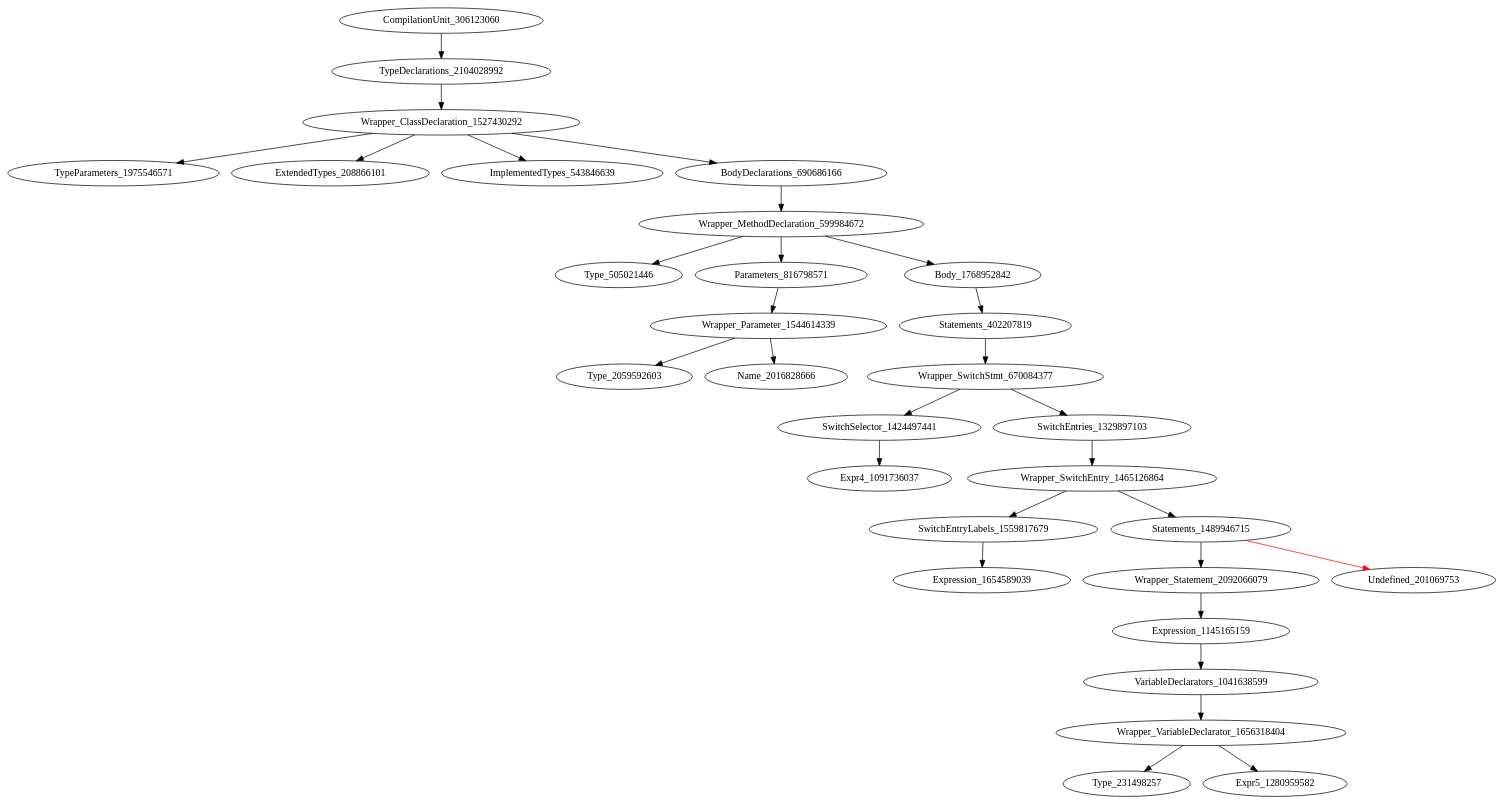
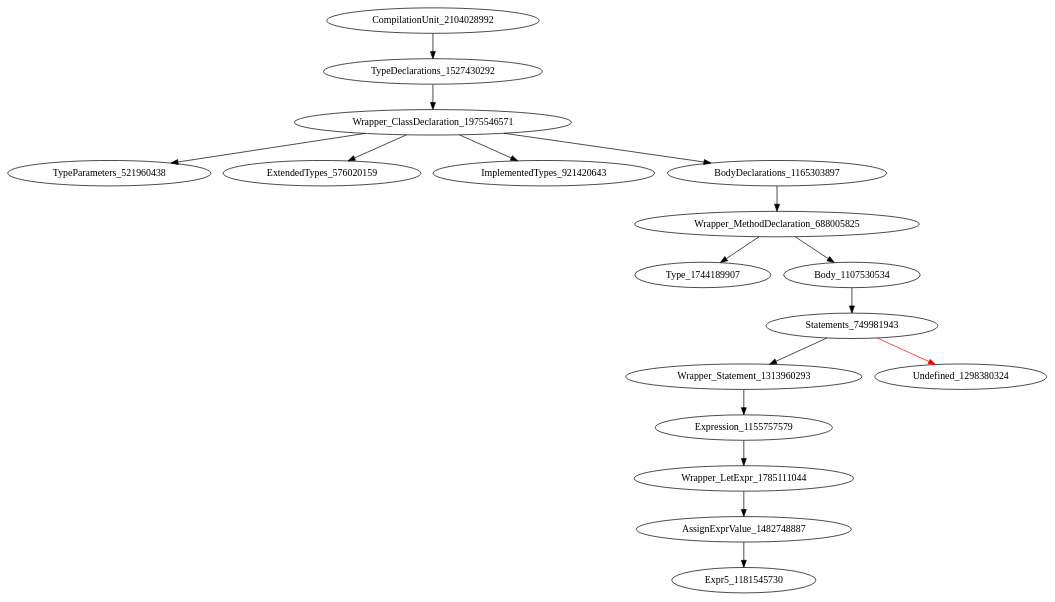
Before and after one commit to icse2023material/VoiceJava: the diagram in holeAST.dot, drawn with Graphviz. The commit also changed 15 other files, not shown here.

```diff
--- a/holeAST.dot
+++ b/holeAST.dot
@@ -1,31 +1,18 @@
 digraph {
-CompilationUnit_306123060 -> TypeDeclarations_2104028992
-TypeDeclarations_2104028992 -> Wrapper_ClassDeclaration_1527430292
-Wrapper_ClassDeclaration_1527430292 -> TypeParameters_1975546571
-Wrapper_ClassDeclaration_1527430292 -> ExtendedTypes_208866101
-Wrapper_ClassDeclaration_1527430292 -> ImplementedTypes_543846639
-Wrapper_ClassDeclaration_1527430292 -> BodyDeclarations_690686166
-BodyDeclarations_690686166 -> Wrapper_MethodDeclaration_599984672
-Wrapper_MethodDeclaration_599984672 -> Type_505021446
-Wrapper_MethodDeclaration_599984672 -> Parameters_816798571
-Wrapper_MethodDeclaration_599984672 -> Body_1768952842
-Parameters_816798571 -> Wrapper_Parameter_1544614339
-Body_1768952842 -> Statements_402207819
-Wrapper_Parameter_1544614339 -> Type_2059592603
-Wrapper_Parameter_1544614339 -> Name_2016828666
-Statements_402207819 -> Wrapper_SwitchStmt_670084377
-Wrapper_SwitchStmt_670084377 -> SwitchSelector_1424497441
-Wrapper_SwitchStmt_670084377 -> SwitchEntries_1329897103
-SwitchSelector_1424497441 -> Expr4_1091736037
-SwitchEntries_1329897103 -> Wrapper_SwitchEntry_1465126864
-Wrapper_SwitchEntry_1465126864 -> SwitchEntryLabels_1559817679
-Wrapper_SwitchEntry_1465126864 -> Statements_1489946715
-SwitchEntryLabels_1559817679 -> Expression_1654589039
-Statements_1489946715 -> Wrapper_Statement_2092066079
-Statements_1489946715 -> Undefined_201069753 [color = red] 
-Wrapper_Statement_2092066079 -> Expression_1145165159
-Expression_1145165159 -> VariableDeclarators_1041638599
-VariableDeclarators_1041638599 -> Wrapper_VariableDeclarator_1656318404
-Wrapper_VariableDeclarator_1656318404 -> Type_231498257
-Wrapper_VariableDeclarator_1656318404 -> Expr5_1280959582
+CompilationUnit_2104028992 -> TypeDeclarations_1527430292
+TypeDeclarations_1527430292 -> Wrapper_ClassDeclaration_1975546571
+Wrapper_ClassDeclaration_1975546571 -> TypeParameters_521960438
+Wrapper_ClassDeclaration_1975546571 -> ExtendedTypes_576020159
+Wrapper_ClassDeclaration_1975546571 -> ImplementedTypes_921420643
+Wrapper_ClassDeclaration_1975546571 -> BodyDeclarations_1165303897
+BodyDeclarations_1165303897 -> Wrapper_MethodDeclaration_688005825
+Wrapper_MethodDeclaration_688005825 -> Type_1744189907
+Wrapper_MethodDeclaration_688005825 -> Body_1107530534
+Body_1107530534 -> Statements_749981943
+Statements_749981943 -> Wrapper_Statement_1313960293
+Statements_749981943 -> Undefined_1298380324 [color = red] 
+Wrapper_Statement_1313960293 -> Expression_1155757579
+Expression_1155757579 -> Wrapper_LetExpr_1785111044
+Wrapper_LetExpr_1785111044 -> AssignExprValue_1482748887
+AssignExprValue_1482748887 -> Expr5_1181545730
 }
```
